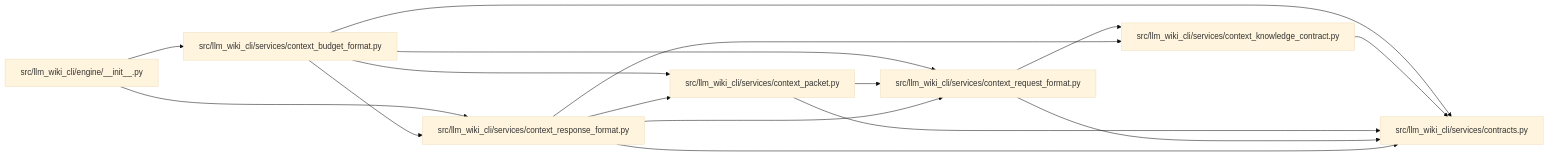
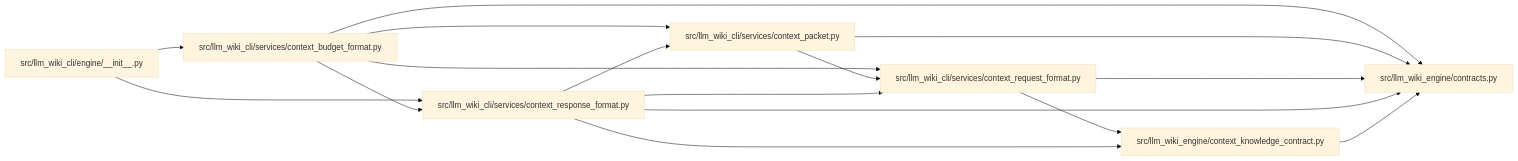
One commit to Denissvgn/python-wiki-llm changed the diagram in docs/llm_wiki/modules/context_response_format.md. Above: the diagram before and after it, drawn with Mermaid (base theme). The commit also changed other lines of this file and 1103 other files, not shown here.

First line of the commit message:
docs: refresh the wiki for the llm-wiki-engine distribution

````diff
--- a/docs/llm_wiki/modules/context_response_format.md
+++ b/docs/llm_wiki/modules/context_response_format.md
@@ -28,32 +28,32 @@
 ```mermaid
 flowchart LR
     n0["src/llm_wiki_cli/engine/__init__.py"]
     n1["src/llm_wiki_cli/services/context_budget_format.py"]
-    n2["src/llm_wiki_cli/services/context_knowledge_contract.py"]
-    n3["src/llm_wiki_cli/services/context_packet.py"]
-    n4["src/llm_wiki_cli/services/context_request_format.py"]
-    n5["src/llm_wiki_cli/services/context_response_format.py"]
-    n6["src/llm_wiki_cli/services/contracts.py"]
+    n2["src/llm_wiki_cli/services/context_packet.py"]
+    n3["src/llm_wiki_cli/services/context_request_format.py"]
+    n4["src/llm_wiki_cli/services/context_response_format.py"]
+    n5["src/llm_wiki_engine/context_knowledge_contract.py"]
+    n6["src/llm_wiki_engine/contracts.py"]
     n0 --> n1
-    n0 --> n5
+    n0 --> n4
+    n1 --> n2
     n1 --> n3
     n1 --> n4
-    n1 --> n5
     n1 --> n6
+    n2 --> n3
     n2 --> n6
-    n3 --> n4
+    n3 --> n5
     n3 --> n6
     n4 --> n2
+    n4 --> n3
+    n4 --> n5
     n4 --> n6
-    n5 --> n2
-    n5 --> n3
-    n5 --> n4
     n5 --> n6
     click n0 "../modules/engine___init__.md"
     click n1 "../modules/context_budget_format.md"
-    click n2 "../modules/context_knowledge_contract.md"
-    click n3 "../modules/context_packet.md"
-    click n4 "../modules/context_request_format.md"
-    click n5 "../modules/context_response_format.md"
-    click n6 "../modules/services_contracts.md"
+    click n2 "../modules/context_packet.md"
+    click n3 "../modules/context_request_format.md"
+    click n4 "../modules/context_response_format.md"
+    click n5 "../modules/context_knowledge_contract.md"
+    click n6 "../modules/llm_wiki_engine_contracts.md"
 ```
````
